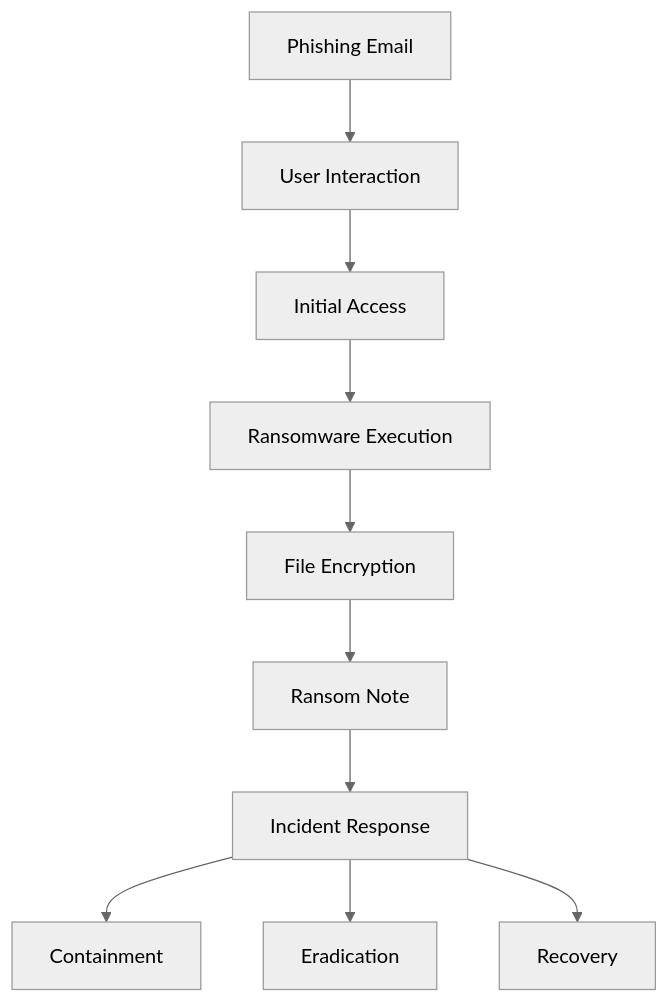
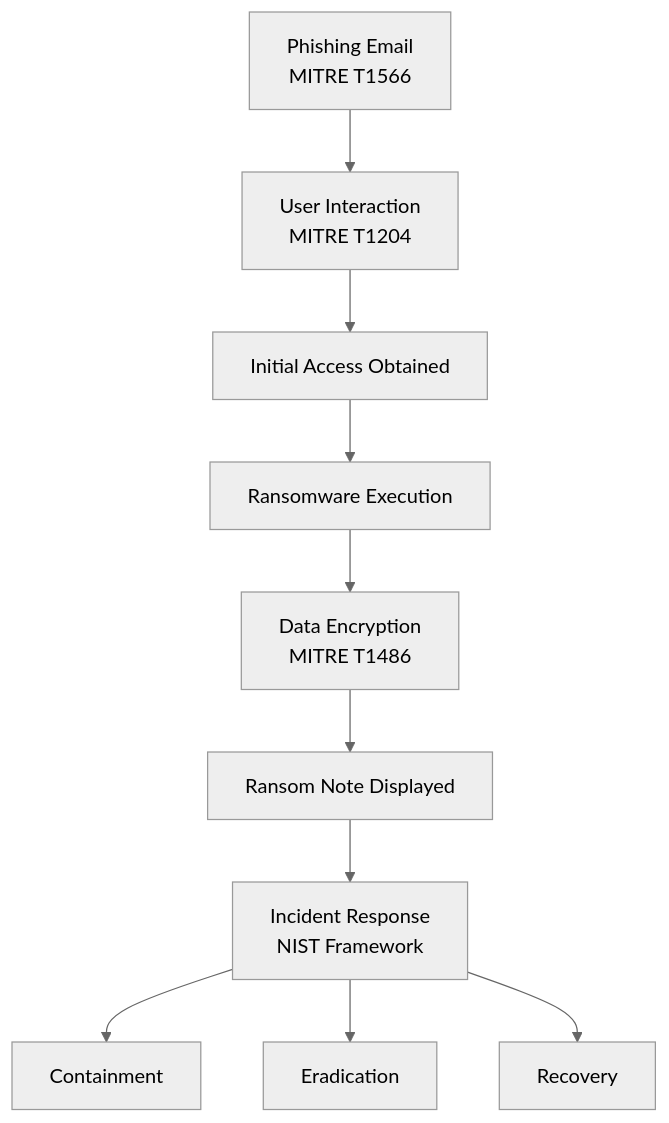
Before and after one commit to helengebretsadkan-max/ransomware-incident-analysis: the diagram in README.md, drawn with Mermaid (neutral theme). The commit also changed other lines of this file, not shown here.

````diff
--- a/README.md
+++ b/README.md
@@ -18,12 +20,12 @@
 ```mermaid
 flowchart TD
-    A[Phishing Email] --> B[User Interaction]
-    B --> C[Initial Access]
+    A[Phishing Email<br>MITRE T1566] --> B[User Interaction<br>MITRE T1204]
+    B --> C[Initial Access Obtained]
     C --> D[Ransomware Execution]
-    D --> E[File Encryption]
-    E --> F[Ransom Note]
-    F --> G[Incident Response]
+    D --> E[Data Encryption<br>MITRE T1486]
+    E --> F[Ransom Note Displayed]
+    F --> G[Incident Response<br>NIST Framework]
     G --> H[Containment]
     G --> I[Eradication]
     G --> J[Recovery]
 ```
````
